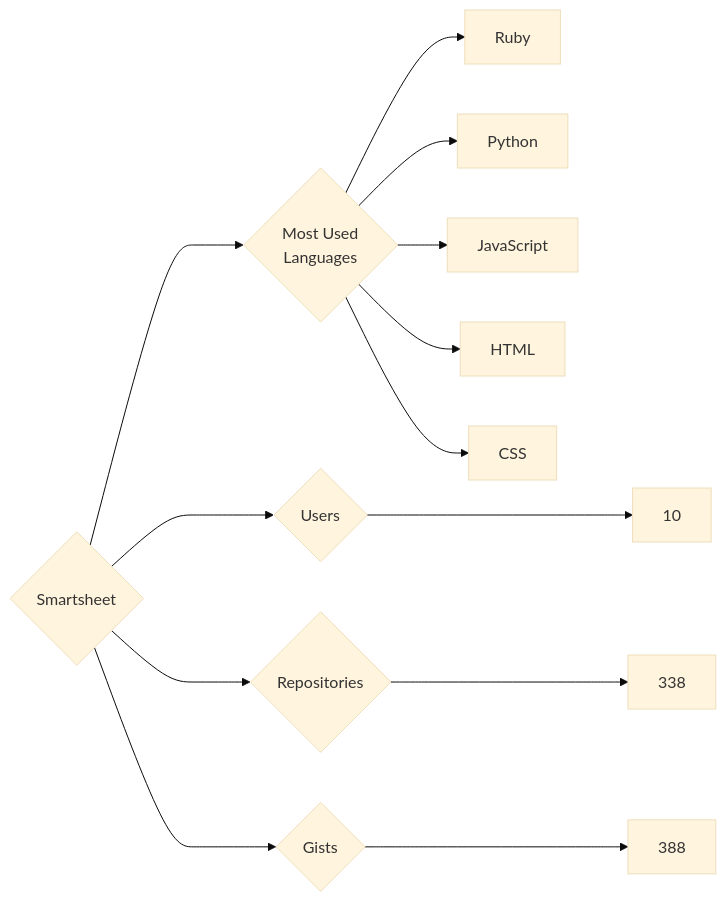
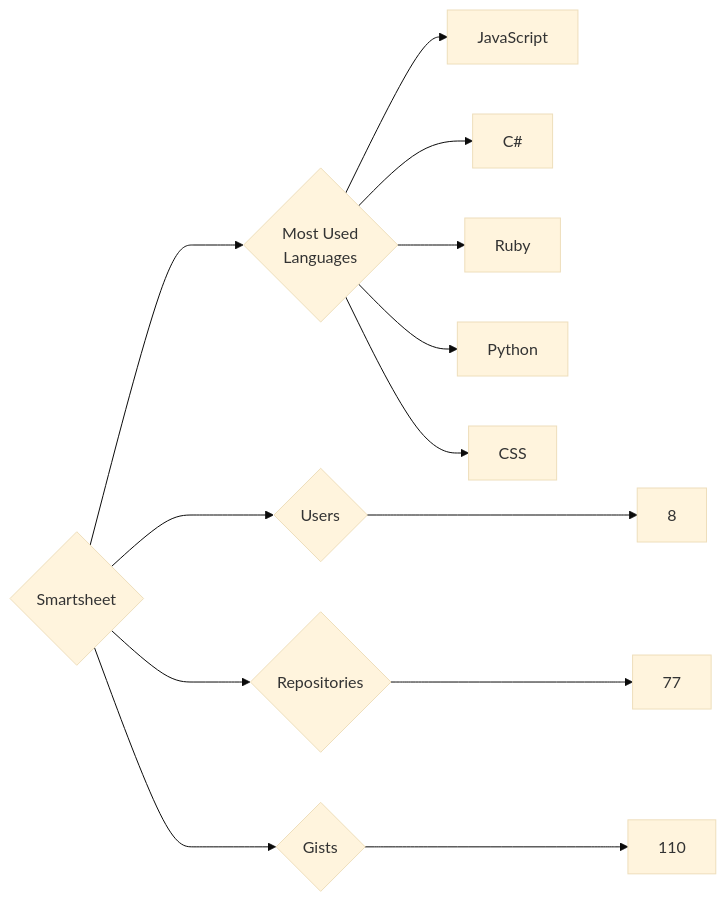
One commit to trickest/insiders changed the diagram in targets/Smartsheet/README.md. Above: the diagram before and after it, drawn with Mermaid (base theme). The commit also changed 1484 other files, not shown here.

````diff
--- a/targets/Smartsheet/README.md
+++ b/targets/Smartsheet/README.md
@@ -3,13 +3,13 @@
 ```mermaid
 graph LR
 COMPANY_NAME{Smartsheet}
-COMPANY_NAME ---> U{Users} ---> UN[10]
-COMPANY_NAME ---> R{Repositories} ---> RN[338]
-COMPANY_NAME ---> G{Gists} ---> GN[388]
+COMPANY_NAME ---> U{Users} ---> UN[8]
+COMPANY_NAME ---> R{Repositories} ---> RN[77]
+COMPANY_NAME ---> G{Gists} ---> GN[110]
 COMPANY_NAME ---> ML{Most Used<br>Languages}
+ML --> JavaScript[JavaScript]
+ML --> C#[C#]
 ML --> Ruby[Ruby]
 ML --> Python[Python]
-ML --> JavaScript[JavaScript]
-ML --> HTML[HTML]
 ML --> CSS[CSS]
 ```
````
